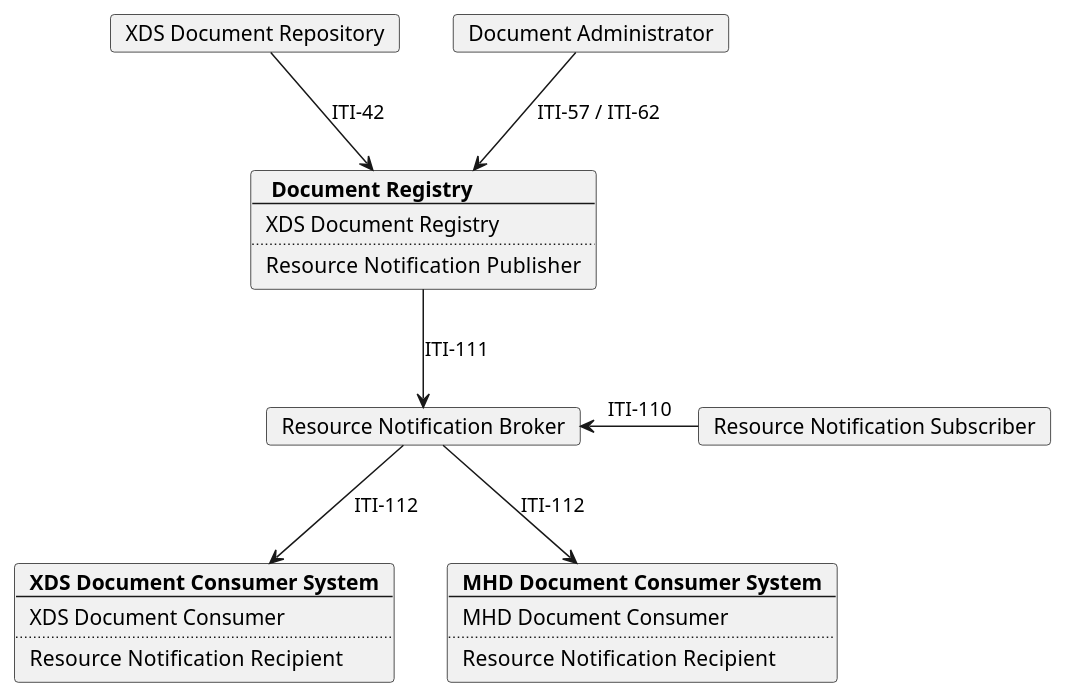
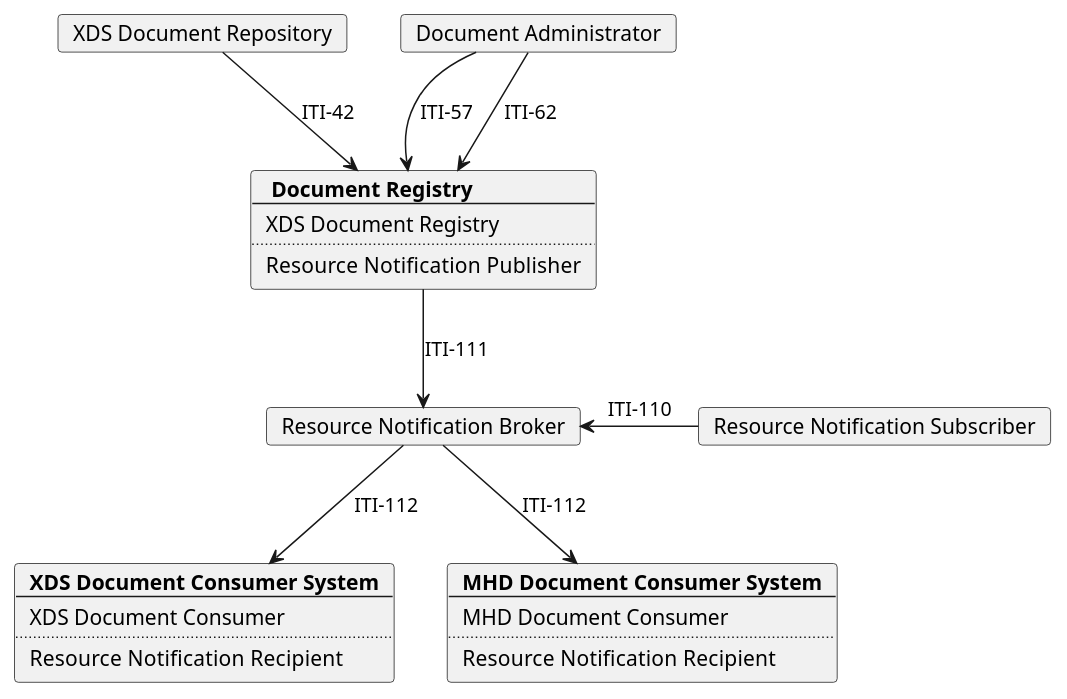
The diagram in input/images-source/model_MHD.plantuml (IHE/ITI.DSUBm), drawn with PlantUML before and after one commit. The commit also changed 3 other files, not shown here.

```diff
--- a/input/images-source/model_MHD.plantuml
+++ b/input/images-source/model_MHD.plantuml
@@ -1,59 +1,60 @@
 @startuml
 skinparam svgDimensionStyle false
 skinparam componentStyle rectangle
 
 hide footbox
 /' title "DSUBm grouped with MHD" '/
 
 
 card "XDS Document Repository" as XDS_Repo 
 card "Document Administrator" as DOC_Administrator
 card  Registry [
   <b> Document Registry
   ----
   XDS Document Registry 
   ....
   Resource Notification  Publisher
 ]
 card "Resource Notification Broker" as DSUBm_Broker
 card "Resource Notification Subscriber" as DSUBm_Subscriber
 
 
 card  Consumer_XDS[
   <b>XDS Document Consumer System
   ----
   XDS Document Consumer
   ....
   Resource Notification  Recipient
 ]
 
 card  Consumer_MHD[
   <b>MHD Document Consumer System
   ----
   MHD Document Consumer
   ....
   Resource Notification  Recipient
 ]
 
 
-DOC_Administrator --> Registry: ITI-57 / ITI-62
+DOC_Administrator --> Registry: ITI-57
+DOC_Administrator --> Registry: ITI-62
 
 XDS_Repo -d-> Registry: ITI-42
 Registry -d-> DSUBm_Broker: ITI-111
 DSUBm_Subscriber -l-> DSUBm_Broker: ITI-110
 DSUBm_Broker --> Consumer_MHD: ITI-112
 DSUBm_Broker --> Consumer_XDS: ITI-112
 /'
 card  ConsumerInterface [
   <b> MHD to XDS Consumer Interface
   ----
   MHD Document Recipient
   ....
   XDS Document Consumer 
 ]
 Consumer -u-> ConsumerInterface: ITI-68
 ConsumerInterface -l-> XDS_Repo: ITI-43
 ConsumerInterface --> Registry: ITI-18
 '/
 
 @enduml
```
